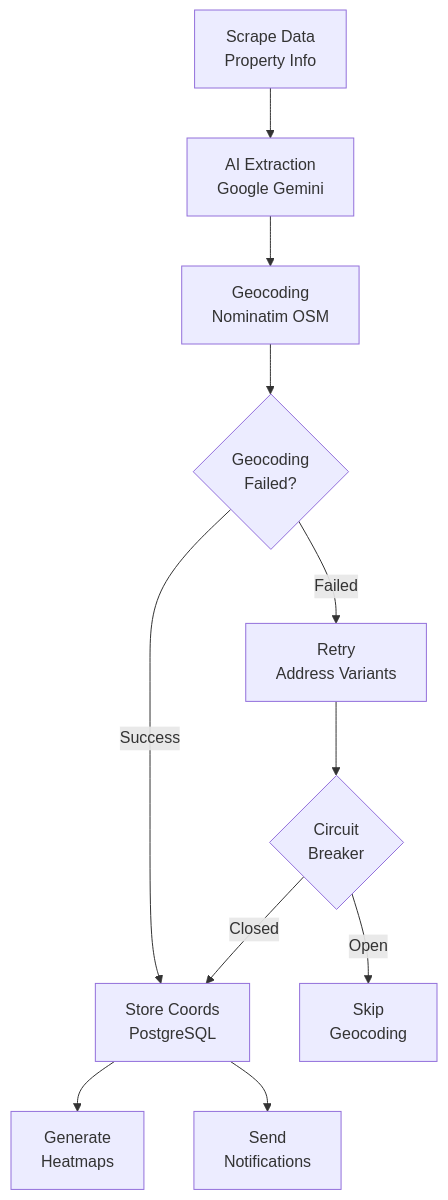
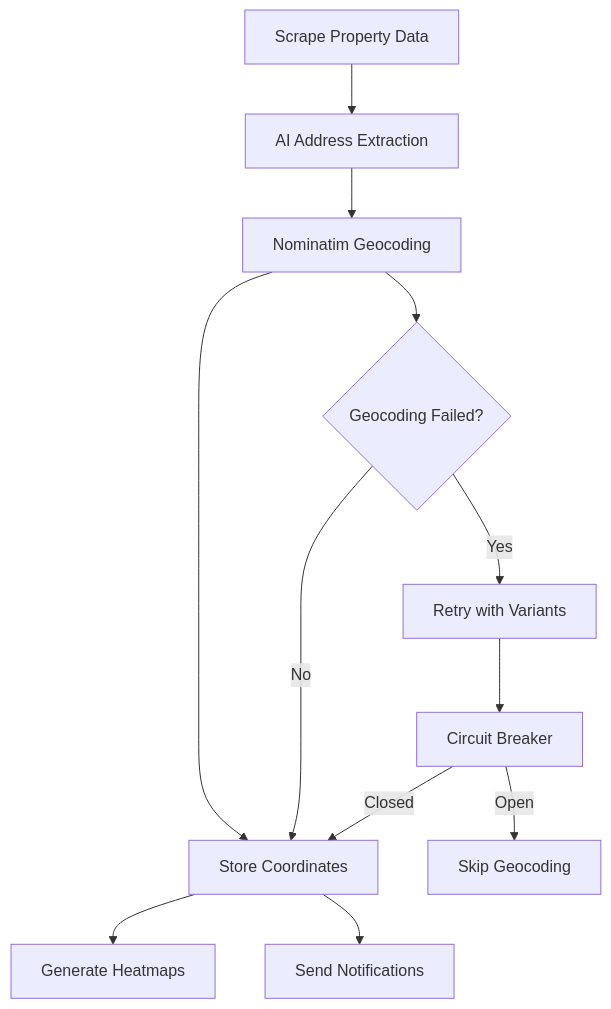
Before and after one commit to Mieszkaniownik/mieszkaniownik: the eighth of 8 diagrams in README.md, drawn with Mermaid. The commit also changed other lines of this file and 3 other files, not shown here.

````diff
--- a/README.md
+++ b/README.md
@@ -486,27 +414,15 @@
 ```mermaid
 flowchart TD
-    SCRAPE[Scrape Data<br/>Property Info]
-    EXTRACT[AI Extraction<br/>Google Gemini]
-    GEOCODE[Geocoding<br/>Nominatim OSM]
-    STORE[Store Coords<br/>PostgreSQL]
-    HEATMAP[Generate<br/>Heatmaps]
-    NOTIFY[Send<br/>Notifications]
+    SCRAPE[Scrape Property Data] --> EXTRACT[AI Address Extraction]
+    EXTRACT --> GEOCODE[Nominatim Geocoding]
+    GEOCODE --> STORE[Store Coordinates]
+    STORE --> HEATMAP[Generate Heatmaps]
+    STORE --> NOTIFY[Send Notifications]
 
-    FALLBACK{Geocoding<br/>Failed?}
-    RETRY[Retry<br/>Address Variants]
-    CIRCUIT{Circuit<br/>Breaker}
-    SKIP[Skip<br/>Geocoding]
-
-    SCRAPE --> EXTRACT
-    EXTRACT --> GEOCODE
-    GEOCODE --> FALLBACK
-
-    FALLBACK -->|Success| STORE
-    FALLBACK -->|Failed| RETRY
-
-    RETRY --> CIRCUIT
-    CIRCUIT -->|Open| SKIP
+    GEOCODE --> FALLBACK{Geocoding Failed?}
+    FALLBACK -->|Yes| RETRY[Retry with Variants]
+    FALLBACK -->|No| STORE
+    RETRY --> CIRCUIT[Circuit Breaker]
+    CIRCUIT -->|Open| SKIP[Skip Geocoding]
     CIRCUIT -->|Closed| STORE
-
-    STORE --> HEATMAP & NOTIFY
 ```
````
